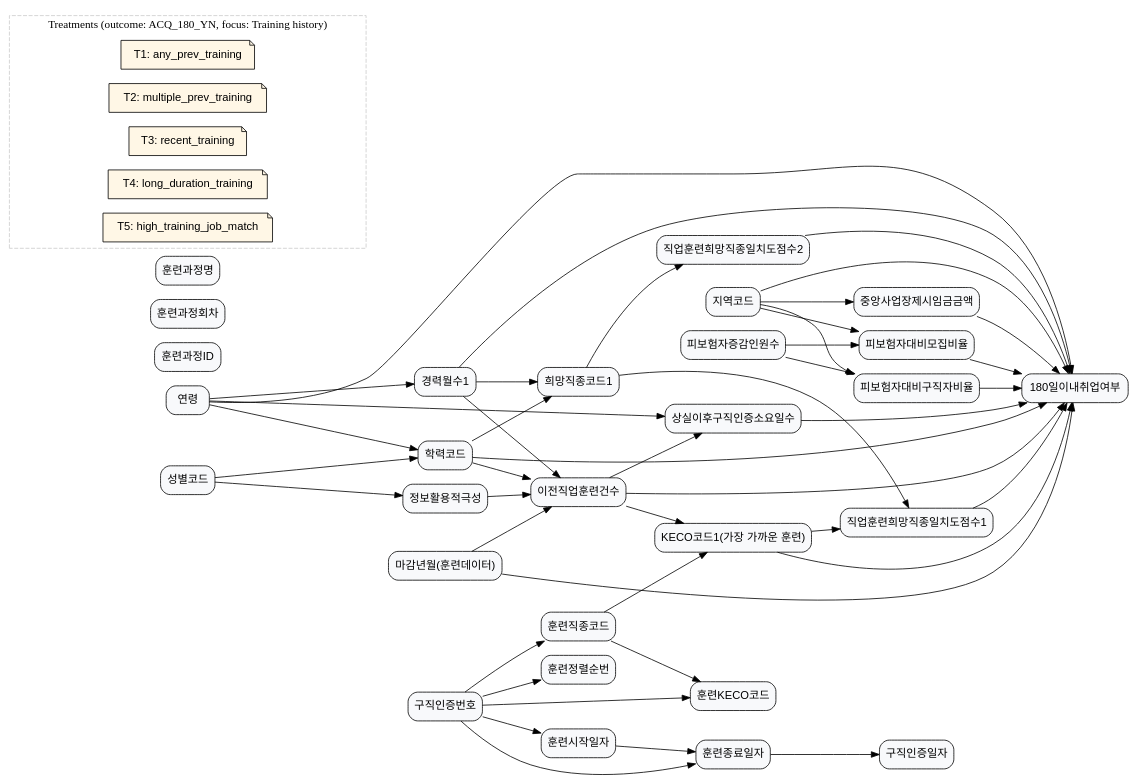
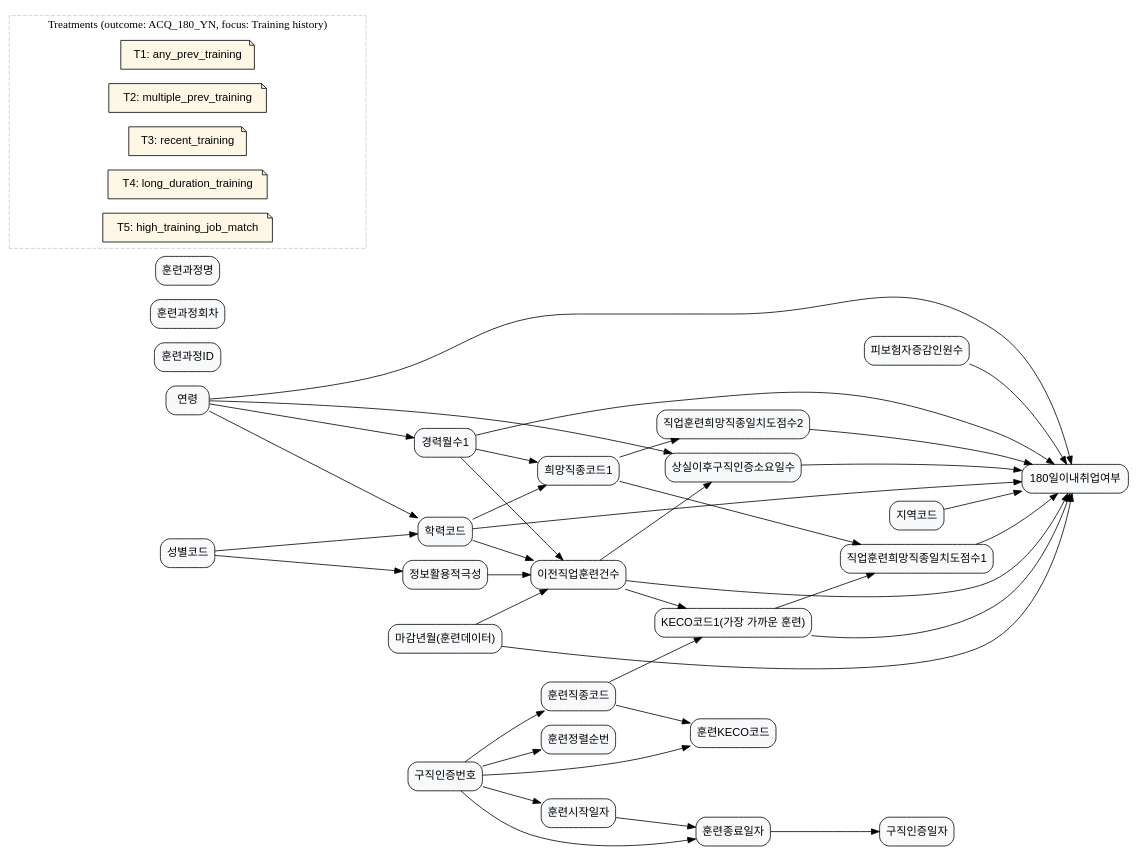
The diagram in laborlab/data/graph_data/graph_4.dot (KU-LIM-Lab/dowhy-deep), drawn with Graphviz before and after one commit. The commit also changed 4 other files, not shown here.

Commit message:
update graphs

```diff
--- a/laborlab/data/graph_data/graph_4.dot
+++ b/laborlab/data/graph_data/graph_4.dot
@@ -1,172 +1,155 @@
 digraph {
     rankdir=LR;
     node [shape=box, style="rounded,filled", fillcolor="#F8F9FB", fontname="Helvetica"];
 
     // ==== 노드 라벨 정의 (Outcome + 기본 배경) ====
     ACQ_180_YN                  [label="180일이내취업여부"];
     AGE                         [label="연령"];
     SXDS_CD                     [label="성별코드"];
     ACCR_CD                     [label="학력코드"];
     CARR_MYCT1                  [label="경력월수1"];
     AREA_CD                     [label="지역코드"];
     AGREE_LEVEL                 [label="정보활용적극성"];
 
     // ==== 훈련 관련 structured 변수 ====
     BFR_OCTR_CT                 [label="이전직업훈련건수"];
     FRFT_AFTR_JHNT_REQR_DYCT    [label="상실이후구직인증소요일수"];
     KECO_CD1                    [label="KECO코드1(가장 가까운 훈련)"];
     OCTR_HOPE_JSFC_CSCY_SCOR1   [label="직업훈련희망직종일치도점수1"];
     OCTR_HOPE_JSFC_CSCY_SCOR2   [label="직업훈련희망직종일치도점수2"];
     HOPE_JSCD1                  [label="희망직종코드1"];
-    IPS_VS_RCIT_RATE            [label="피보험자대비모집비율"];
-    IPS_VS_JBHT_RATE            [label="피보험자대비구직자비율"];
     IPS_IRDS_NMPR               [label="피보험자증감인원수"];
-    NTR_BPLC_PSNT_WAGE_AMT      [label="중앙사업장제시임금금액"];
 
     // ==== training 테이블 변수 ====
     CLOS_YM                     [label="마감년월(훈련데이터)"];
     JHNT_CTN                    [label="구직인증번호"];
     JHCR_DE                     [label="구직인증일자"];
     CRSE_ID                     [label="훈련과정ID"];
     TGCR_TME                    [label="훈련과정회차"];
     TRNG_CRSN                   [label="훈련과정명"];
     TRNG_BGDE                   [label="훈련시작일자"];
     TRNG_ENDE                   [label="훈련종료일자"];
     TRNG_JSCD                   [label="훈련직종코드"];
     KECO_CD                     [label="훈련KECO코드"];
     SORT_SN                     [label="훈련정렬순번"];
 
     // ============================================================
     // ==== Treatment definitions (메타데이터용 노드) ==============
-    // role="treatment_meta"로 태깅한 노드에 treatment 정보를 저장한다.
-    // 파이프라인에서 pygraphviz로 읽어 DoWhy/TabPFN에 넘길 때 사용.
 
     subgraph cluster_treatments {
         label="Treatments (outcome: ACQ_180_YN, focus: Training history)";
         style=dashed;
         color="#CCCCCC";
         node [shape=note, style="rounded,filled", fillcolor="#FFF7E6", fontname="Helvetica"];
 
         // T1: 이전 직업훈련 경험 유무
         T1 [
             label="T1: any_prev_training",
             role="treatment_meta",
             treatment_var="BFR_OCTR_CT",
             treatment_name="any_prev_training",
             treatment_def="BFR_OCTR_CT > 0 (과거 직업훈련을 한 번이라도 수강한 구직자)",
             treatment_question="과거 직업훈련을 한 번이라도 수강한 구직자는 전혀 수강하지 않은 구직자보다 6개월 이내 취업 확률이 얼마나 높은가?"
         ];
 
         // T2: 이전 직업훈련 다회 수강 (훈련 강도)
         T2 [
             label="T2: multiple_prev_training",
             role="treatment_meta",
             treatment_var="BFR_OCTR_CT",
             treatment_name="multiple_prev_training",
             treatment_def="BFR_OCTR_CT >= 2 또는 분포 상위 분위(예: 상위 30%)이면 1, 그 외 0",
             treatment_question="직업훈련을 여러 차례 수강한 구직자는 한두 번만 수강했거나 수강 경험이 없는 구직자보다 6개월 이내 취업 확률이 얼마나 다른가?"
         ];
 
         // T3: 최근에 종료된 직업훈련 이수 여부
         T3 [
             label="T3: recent_training",
             role="treatment_meta",
             treatment_var="TRNG_ENDE",
             treatment_name="recent_training",
             treatment_def="개인별 가장 최근 TRNG_ENDE와 구직인증일자(JHCR_DE)의 차이가 일정 기준 이내(예: 6개월 이내)인 경우 1, 그 외 0",
             treatment_question="구직인증 직전 일정 기간 이내(예: 6개월)까지 직업훈련을 받고 있었던 구직자는 그렇지 않은 구직자보다 6개월 이내 취업 확률이 얼마나 높은가?"
         ];
 
         // T4: 장기 훈련과정 이수 여부 (훈련 기간 길이)
         T4 [
             label="T4: long_duration_training",
             role="treatment_meta",
             treatment_var="TRNG_BGDE,TRNG_ENDE",
             treatment_name="long_duration_training",
             treatment_def="개인별 수강한 과정 중 (TRNG_ENDE - TRNG_BGDE) 기간이 일정 기준 이상(예: 분포 상위 30%)인 과정을 가진 경우 1, 그 외 0",
             treatment_question="장기 직업훈련 과정을 이수한 구직자는 단기 과정만 수강했거나 훈련 경험이 없는 구직자보다 6개월 이내 취업 확률이 얼마나 높은가?"
         ];
 
         // T5: 훈련-희망직종 일치도가 높은 구직자
         T5 [
             label="T5: high_training_job_match",
             role="treatment_meta",
             treatment_var="OCTR_HOPE_JSFC_CSCY_SCOR1",
             treatment_name="high_training_job_match",
             treatment_def="OCTR_HOPE_JSFC_CSCY_SCOR1이 분포 상위 분위(예: 상위 30%)이면 1, 그 외 0",
             treatment_question="가장 가까운 직업훈련과 본인의 희망직종 간 일치도가 높은 구직자는 그렇지 않은 구직자보다 6개월 이내 취업 확률이 얼마나 높은가?"
         ];
     }
 
     // ============================================================
     // ==== Causal structure (DAG for Training history) ===========
 
     // --- 인구학적/배경 변수 ---
     SXDS_CD -> ACCR_CD;                    // 성별에 따라 학력 경로가 달라질 수 있음
     SXDS_CD -> AGREE_LEVEL;                // 성별에 따른 정보 활용/동의 행태 차이
 
     AGE -> ACCR_CD;                        // 나이가 많을수록 높은 학력일 가능성
     AGE -> CARR_MYCT1;                     // 나이가 많을수록 경력월수 증가
     AGE -> FRFT_AFTR_JHNT_REQR_DYCT;       // 경력단절/재취업 준비 기간에 영향
     AGE -> ACQ_180_YN;                     // 연령에 따른 취업확률 차이
 
-    AREA_CD -> NTR_BPLC_PSNT_WAGE_AMT;     // 지역에 따라 제시임금 수준 차이
-    AREA_CD -> IPS_VS_RCIT_RATE;           // 지역별 모집비율 차이
-    AREA_CD -> IPS_VS_JBHT_RATE;           // 지역별 구직자비율 차이
     AREA_CD -> ACQ_180_YN;                 // 지역 노동시장 여건 차이
 
     ACCR_CD -> HOPE_JSCD1;                 // 학력에 따라 선택 가능한 직종이 달라짐
     ACCR_CD -> BFR_OCTR_CT;                // 학력이 높을수록 직업훈련을 더 많이 이용할 수 있음
     ACCR_CD -> ACQ_180_YN;                 // 학력이 직접 취업확률에 영향
 
     CARR_MYCT1 -> HOPE_JSCD1;              // 경력 직종에 머무를 가능성
     CARR_MYCT1 -> BFR_OCTR_CT;             // 경력 많은 사람이 추가훈련을 받을 가능성
     CARR_MYCT1 -> ACQ_180_YN;              // 경력 자체가 취업 가능성에 직접 영향
 
     AGREE_LEVEL -> BFR_OCTR_CT;            // 정보활용에 적극적일수록 직업훈련 정보 탐색/수강 가능성 증가
 
     // --- 직업훈련 이용 및 구성 ---
-    // 훈련 데이터는 JHNT_CTN(구직인증번호)을 통해 개인과 연결
     JHNT_CTN -> TRNG_BGDE;                 // 특정 구직인증과 연결된 훈련 시작일
     JHNT_CTN -> TRNG_ENDE;                 // 훈련 종료일
     JHNT_CTN -> TRNG_JSCD;                 // 훈련 직종코드
     JHNT_CTN -> KECO_CD;                   // 훈련 KECO 코드
     JHNT_CTN -> SORT_SN;                   // 한 구직인증에 여러 훈련이 있을 때 순번
 
     BFR_OCTR_CT -> KECO_CD1;               // 과거 훈련 경험이 많을수록 '가장 가까운 훈련'의 KECO코드를 가지게 됨
     BFR_OCTR_CT -> FRFT_AFTR_JHNT_REQR_DYCT; // 훈련을 많이 받을수록 상실 이후 구직인증까지 시간이 길어질 수 있음
     BFR_OCTR_CT -> ACQ_180_YN;             // 훈련 경험량이 취업 가능성에 직접 영향
 
-    // 훈련 일정과 구직인증 시점 관계
     TRNG_ENDE -> JHCR_DE;                  // (시간축 상) 훈련이 끝난 이후 구직인증이 이뤄짐
     TRNG_BGDE -> TRNG_ENDE;                // 훈련 시작·종료일로 기간이 정의됨
 
     TRNG_JSCD -> KECO_CD;                  // 훈련 직종코드와 KECO 코드가 연결
     TRNG_JSCD -> KECO_CD1;                 // 가장 가까운 훈련의 직종/KECO가 KECO_CD1로 요약
 
     // --- 훈련-희망직종 매칭 구조 ---
     HOPE_JSCD1 -> OCTR_HOPE_JSFC_CSCY_SCOR1; // 희망직종과 가장 가까운 훈련 간 일치도
     HOPE_JSCD1 -> OCTR_HOPE_JSFC_CSCY_SCOR2; // 희망직종과 두 번째 가까운 훈련 간 일치도
     KECO_CD1 -> OCTR_HOPE_JSFC_CSCY_SCOR1;   // 실제로 연결된 최인접 훈련의 KECO와 희망직종 간 매칭
-    KECO_CD1 -> ACQ_180_YN;                 // 가장 가까운 훈련의 분야 자체가 취업 가능성에 영향
+    KECO_CD1 -> ACQ_180_YN;                  // 가장 가까운 훈련의 분야 자체가 취업 가능성에 영향
 
     OCTR_HOPE_JSFC_CSCY_SCOR1 -> ACQ_180_YN; // 훈련-희망직종 일치도가 높을수록 취업 가능성 증가
     OCTR_HOPE_JSFC_CSCY_SCOR2 -> ACQ_180_YN; // 두 번째 인접 훈련과의 일치도도 추가적인 효과 가능
 
     // --- 상실 이후 구직인증까지의 기간 ---
     FRFT_AFTR_JHNT_REQR_DYCT -> ACQ_180_YN;   // 상실 이후 구직인증까지의 기간이 길수록 재취업이 어려울 수 있음
 
-    // --- 노동시장 상태 지표 ---
-    IPS_IRDS_NMPR -> IPS_VS_RCIT_RATE;     // 피보험자 증감이 모집비율에 영향
-    IPS_IRDS_NMPR -> IPS_VS_JBHT_RATE;     // 피보험자 증감이 구직자비율에도 영향
-
-    IPS_VS_RCIT_RATE -> ACQ_180_YN;        // 모집비율이 높을수록 취업 가능성이 증가
-    IPS_VS_JBHT_RATE -> ACQ_180_YN;        // 구직자비율이 높을수록 경쟁 심화로 취업확률 감소
-
-    // --- 임금 수준 ---
-    NTR_BPLC_PSNT_WAGE_AMT -> ACQ_180_YN;  // 지역·직종의 제시임금 수준이 매칭 성사에 영향
+    // --- 노동시장 상태 지표 (피보험자 증감만 남김) ---
+    IPS_IRDS_NMPR -> ACQ_180_YN;           // 피보험자 증감(고용 증가/감소)이 취업 가능성에 직접 영향
 
     // --- 데이터 마감 구조 (정보가 관측되는 방식) ---
     CLOS_YM -> ACQ_180_YN;                 // 관측 기간(마감년월)에 따라 180일 내 취업 여부 관측 가능 여부가 달라질 수 있음
     CLOS_YM -> BFR_OCTR_CT;                // 마감시점 이전까지의 훈련건수만 관측됨
 }
```
